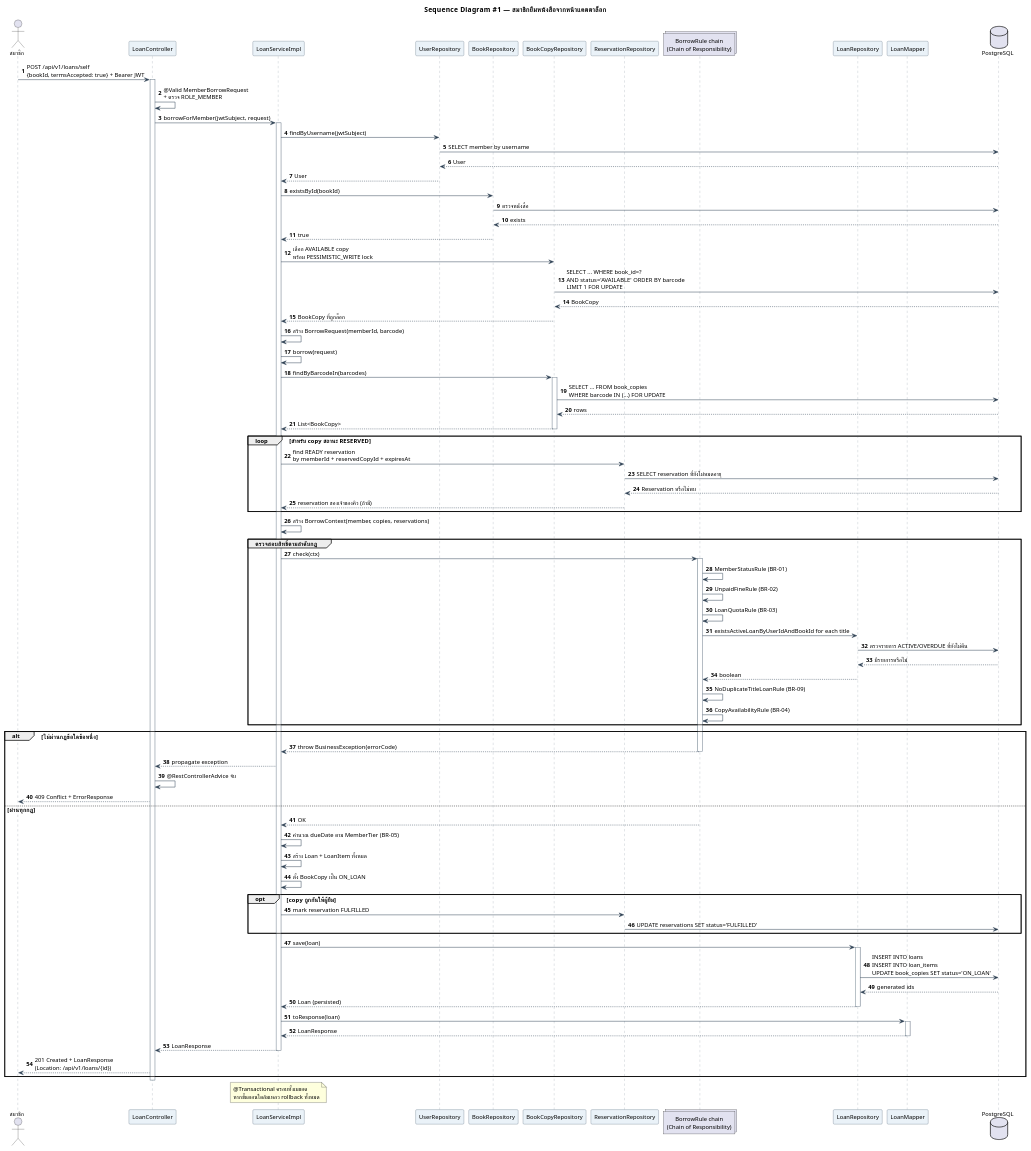
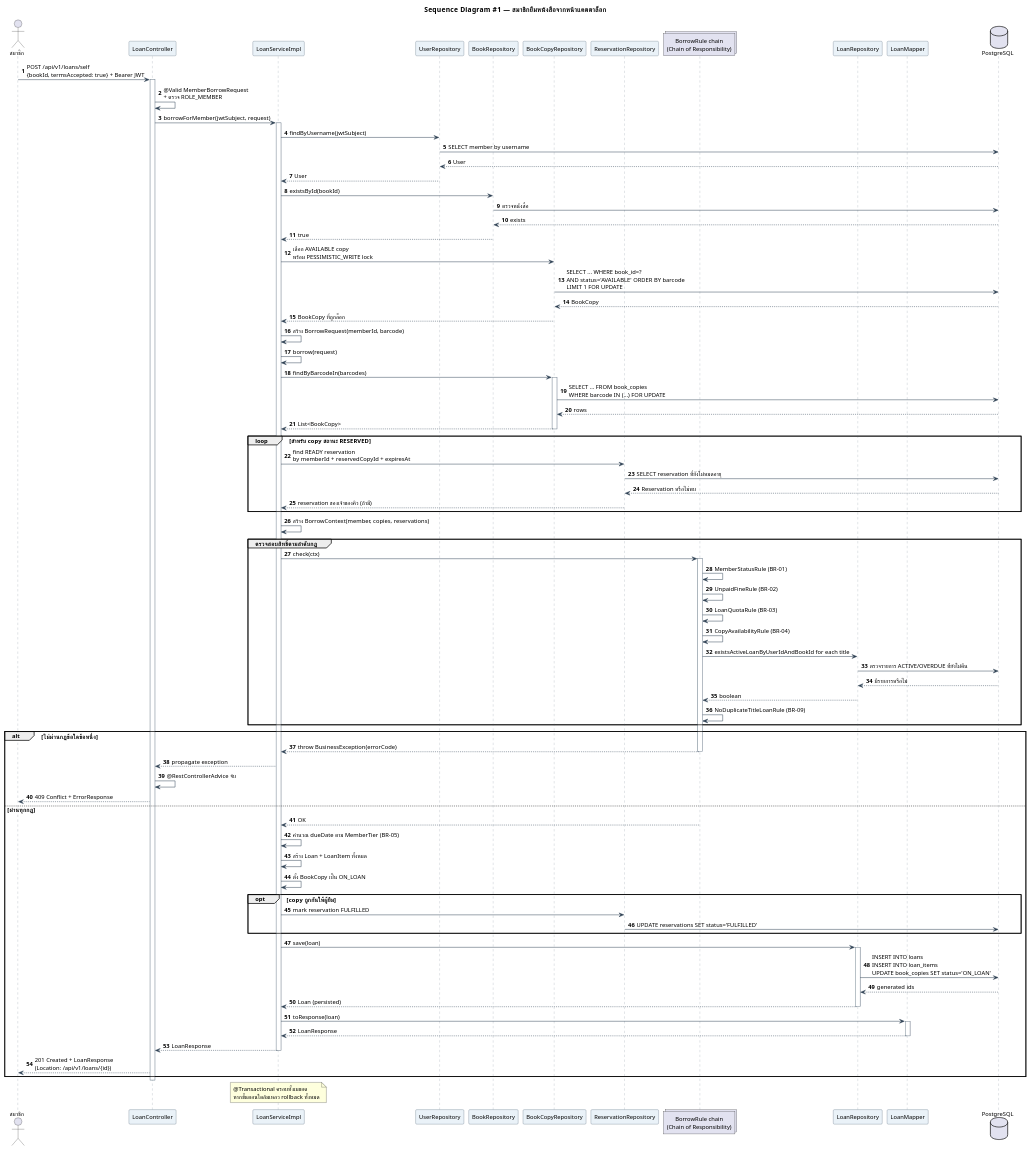
The diagram in doc/diagrams/05-sequence-borrow.puml (boatrocl/library_book_management), drawn with PlantUML before and after one commit. The commit also changed other lines of this file and 6 other files, not shown here.

```diff
--- a/doc/diagrams/05-sequence-borrow.puml
+++ b/doc/diagrams/05-sequence-borrow.puml
@@ -1,115 +1,115 @@
 @startuml 05-sequence-borrow
 title Sequence Diagram #1 — สมาชิกยืมหนังสือจากหน้าแคตตาล็อก
 
 skinparam defaultFontName "Tahoma"
 skinparam defaultFontSize 12
 skinparam shadowing false
 skinparam sequence {
   ArrowColor #2E4053
   LifeLineBorderColor #85929E
   ParticipantBorderColor #34495E
   ParticipantBackgroundColor #EAF2F8
 }
 autonumber
 
 actor "สมาชิก" as MEMBER
 participant "LoanController" as C
 participant "LoanServiceImpl" as S
 participant "UserRepository" as UR
 participant "BookRepository" as BR
 participant "BookCopyRepository" as CR
 participant "ReservationRepository" as RR
 collections "BorrowRule chain\n(Chain of Responsibility)" as R
 participant "LoanRepository" as LR
 participant "LoanMapper" as M
 database "PostgreSQL" as DB
 
 MEMBER -> C : POST /api/v1/loans/self\n{bookId, termsAccepted: true} + Bearer JWT
 activate C
 C -> C : @Valid MemberBorrowRequest\n+ ตรวจ ROLE_MEMBER
 C -> S : borrowForMember(jwtSubject, request)
 activate S
 S -> UR : findByUsername(jwtSubject)
 UR -> DB : SELECT member by username
 DB --> UR : User
 UR --> S : User
 S -> BR : existsById(bookId)
 BR -> DB : ตรวจหนังสือ
 DB --> BR : exists
 BR --> S : true
 S -> CR : เลือก AVAILABLE copy\nพร้อม PESSIMISTIC_WRITE lock
 CR -> DB : SELECT ... WHERE book_id=?\nAND status='AVAILABLE' ORDER BY barcode\nLIMIT 1 FOR UPDATE
 DB --> CR : BookCopy
 CR --> S : BookCopy ที่ถูกล็อก
 S -> S : สร้าง BorrowRequest(memberId, barcode)
 S -> S : borrow(request)
 
 S -> CR : findByBarcodeIn(barcodes)
 activate CR
 CR -> DB : SELECT ... FROM book_copies\nWHERE barcode IN (...) FOR UPDATE
 DB --> CR : rows
 CR --> S : List<BookCopy>
 deactivate CR
 
 loop สำหรับ copy สถานะ RESERVED
   S -> RR : find READY reservation\nby memberId + reservedCopyId + expiresAt
   RR -> DB : SELECT reservation ที่ยังไม่หมดอายุ
   DB --> RR : Reservation หรือไม่พบ
   RR --> S : reservation ของเจ้าของคิว (ถ้ามี)
 end
 
 S -> S : สร้าง BorrowContext(member, copies, reservations)
 
 group ตรวจสอบสิทธิ์ตามลำดับกฎ
   S -> R : check(ctx)
   activate R
   R -> R : MemberStatusRule (BR-01)
   R -> R : UnpaidFineRule (BR-02)
   R -> R : LoanQuotaRule (BR-03)
+  R -> R : CopyAvailabilityRule (BR-04)
   R -> LR : existsActiveLoanByUserIdAndBookId for each title
   LR -> DB : ตรวจรายการ ACTIVE/OVERDUE ที่ยังไม่คืน
   DB --> LR : มีรายการหรือไม่
   LR --> R : boolean
   R -> R : NoDuplicateTitleLoanRule (BR-09)
-  R -> R : CopyAvailabilityRule (BR-04)
 end
 
 alt ไม่ผ่านกฎข้อใดข้อหนึ่ง
   R --> S : throw BusinessException(errorCode)
   deactivate R
   S --> C : propagate exception
   C -> C : @RestControllerAdvice จับ
   C --> MEMBER : 409 Conflict + ErrorResponse
 else ผ่านทุกกฎ
   R --> S : OK
   S -> S : คำนวณ dueDate ตาม MemberTier (BR-05)
   S -> S : สร้าง Loan + LoanItem ทั้งหมด
   S -> S : ตั้ง BookCopy เป็น ON_LOAN
   opt copy ถูกกันให้ผู้ยืม
     S -> RR : mark reservation FULFILLED
     RR -> DB : UPDATE reservations SET status='FULFILLED'
   end
   S -> LR : save(loan)
   activate LR
   LR -> DB : INSERT INTO loans\nINSERT INTO loan_items\nUPDATE book_copies SET status='ON_LOAN'
   DB --> LR : generated ids
   LR --> S : Loan (persisted)
   deactivate LR
 
   S -> M : toResponse(loan)
   activate M
   M --> S : LoanResponse
   deactivate M
 
   S --> C : LoanResponse
   deactivate S
   C --> MEMBER : 201 Created + LoanResponse\n(Location: /api/v1/loans/{id})
 end
 deactivate C
 
 note over S
   @Transactional ครอบทั้งเมธอด
   หากขั้นตอนใดล้มเหลว rollback ทั้งหมด
 end note
 
 @enduml
```
